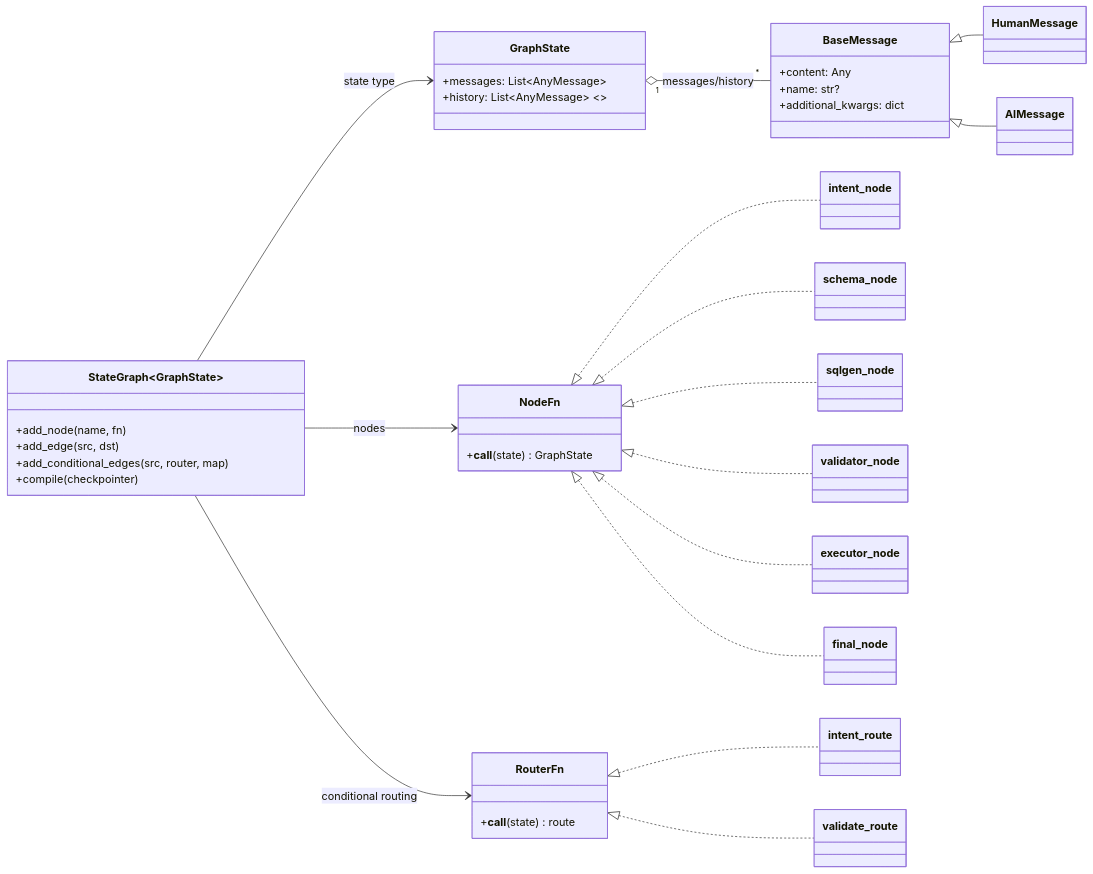
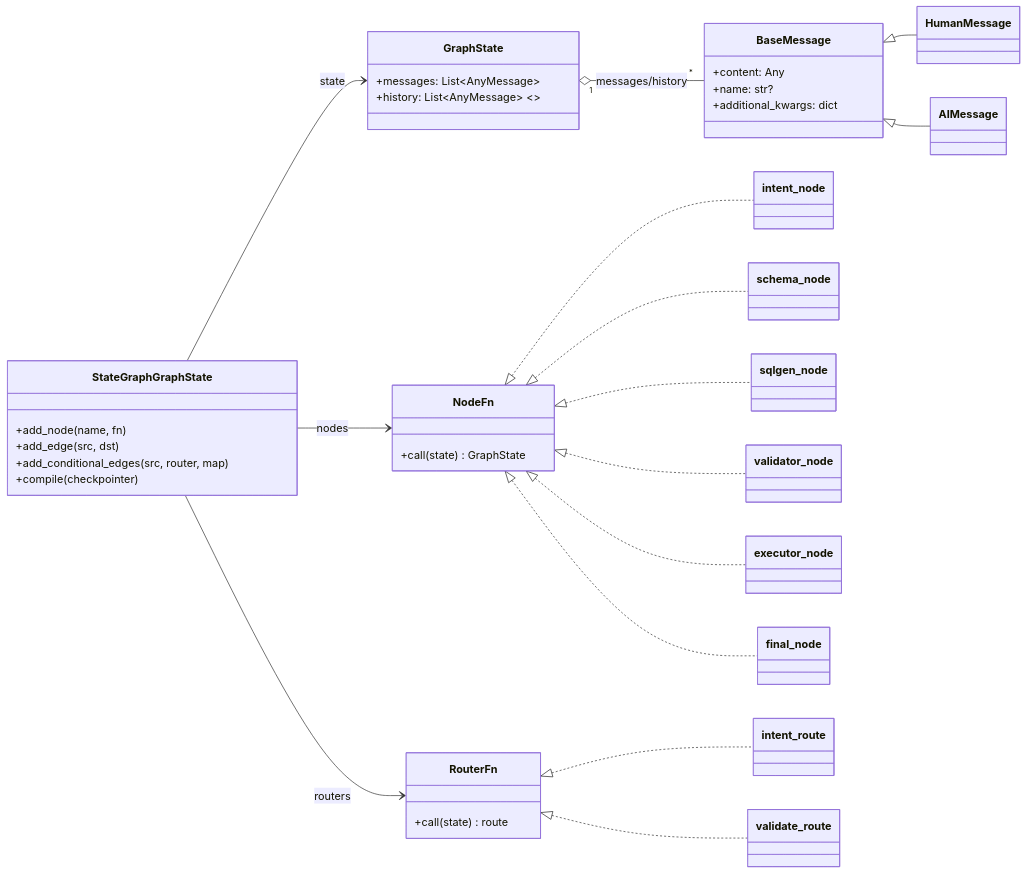
One commit to attractor-set/sql_agent_example changed the first of 2 diagrams in README.md. Above: the diagram before and after it, drawn with Mermaid. The commit also changed other lines of this file, not shown here.

Commit message:
[UML][DFD] corrections

````diff
--- a/README.md
+++ b/README.md
@@ -58,59 +58,59 @@
 ```mermaid
 classDiagram
 direction LR
 
 class GraphState {
   +messages: List~AnyMessage~
-  +history: List~AnyMessage~  <<add_messages>>
+  +history: List~AnyMessage~ <<add_messages>>
 }
 
 class BaseMessage {
   +content: Any
   +name: str?
   +additional_kwargs: dict
 }
 class HumanMessage
 class AIMessage
 BaseMessage <|-- HumanMessage
 BaseMessage <|-- AIMessage
 
 GraphState "1" o-- "*" BaseMessage : messages/history
 
-class StateGraph~GraphState~ {
+class StateGraphGraphState {
   +add_node(name, fn)
   +add_edge(src, dst)
   +add_conditional_edges(src, router, map)
   +compile(checkpointer)
 }
 
 class RouterFn {
-  +__call__(state) route
+  +call(state) route
 }
 
 class NodeFn {
-  +__call__(state) GraphState
+  +call(state) GraphState
 }
 
 class intent_node
 class schema_node
 class sqlgen_node
 class validator_node
 class executor_node
 class final_node
 
 NodeFn <|.. intent_node
 NodeFn <|.. schema_node
 NodeFn <|.. sqlgen_node
 NodeFn <|.. validator_node
 NodeFn <|.. executor_node
 NodeFn <|.. final_node
 
 class intent_route
 class validate_route
 RouterFn <|.. intent_route
 RouterFn <|.. validate_route
 
-StateGraph~GraphState~ --> GraphState : state type
-StateGraph~GraphState~ --> NodeFn : nodes
-StateGraph~GraphState~ --> RouterFn : conditional routing
+StateGraphGraphState --> GraphState : state
+StateGraphGraphState --> NodeFn : nodes
+StateGraphGraphState --> RouterFn : routers
 ```
````
